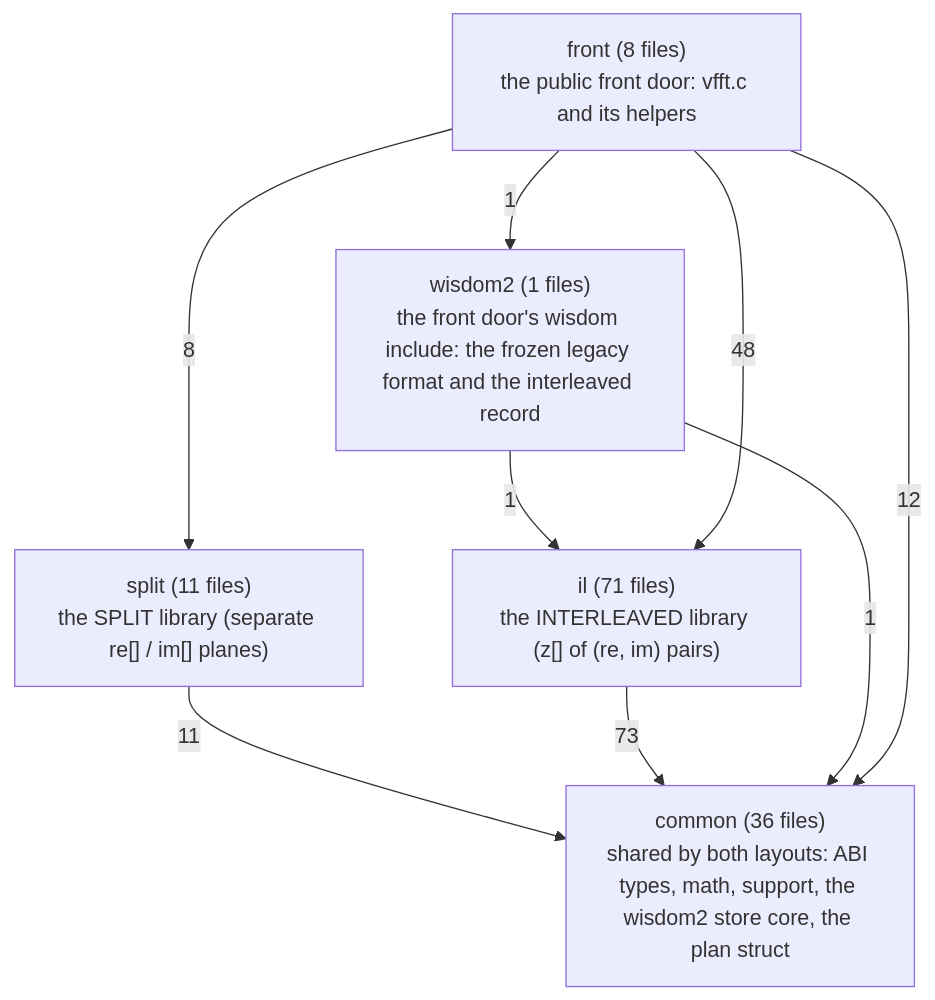
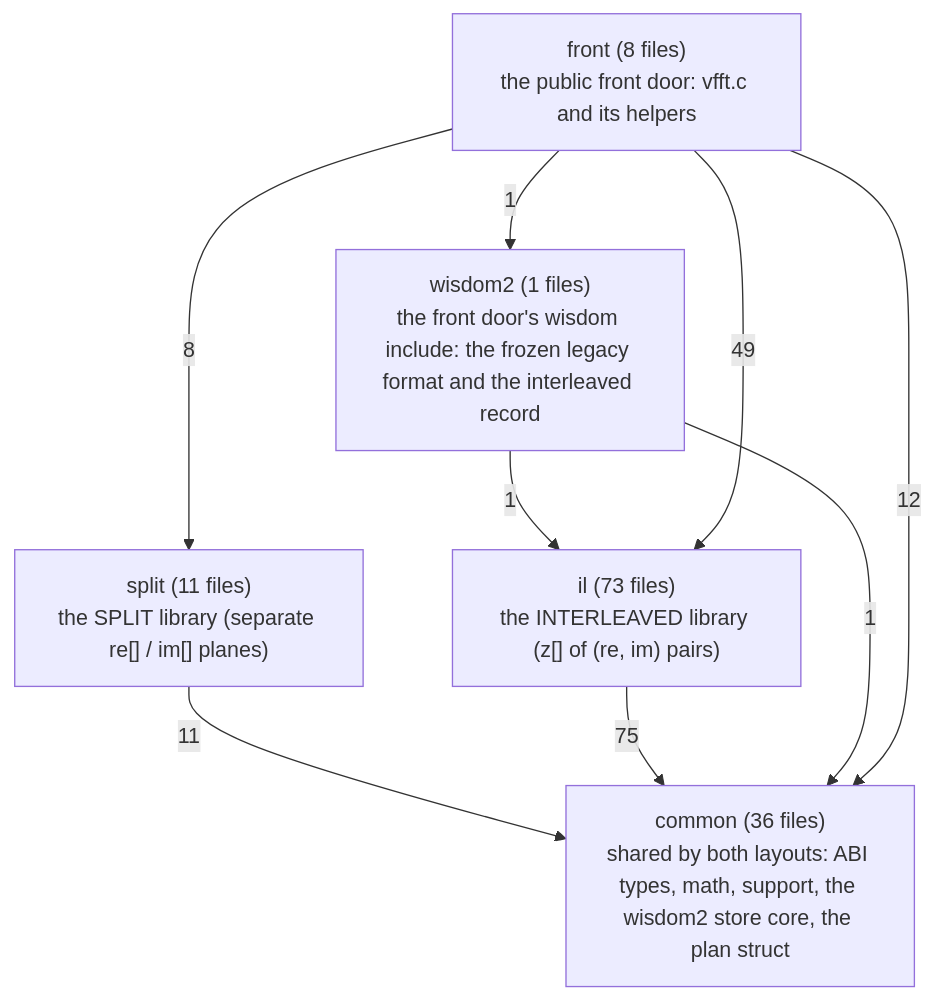
One commit to Tugbars/VectorFFT changed the diagram in docs/architecture/generated/zones.md. Above: the diagram before and after it, drawn with Mermaid. The commit also changed 14 other files, not shown here.

First line of the commit message:
Architecture pages regenerated for il/real/dst.h and real_role.h

````diff
--- a/docs/architecture/generated/zones.md
+++ b/docs/architecture/generated/zones.md
@@ -11,16 +11,16 @@
 ```mermaid
 flowchart TD
     n_common["common (36 files)<br/>shared by both layouts: ABI types, math, support, the wisdom2 store core, the plan struct"]
     n_split["split (11 files)<br/>the SPLIT library (separate re[] / im[] planes)"]
-    n_il["il (71 files)<br/>the INTERLEAVED library (z[] of (re, im) pairs)"]
+    n_il["il (73 files)<br/>the INTERLEAVED library (z[] of (re, im) pairs)"]
     n_wisdom2["wisdom2 (1 files)<br/>the front door's wisdom include: the frozen legacy format and the interleaved record"]
     n_front["front (8 files)<br/>the public front door: vfft.c and its helpers"]
     n_split -->|11| n_common
-    n_il -->|73| n_common
+    n_il -->|75| n_common
     n_wisdom2 -->|1| n_common
     n_wisdom2 -->|1| n_il
     n_front -->|12| n_common
     n_front -->|8| n_split
-    n_front -->|48| n_il
+    n_front -->|49| n_il
     n_front -->|1| n_wisdom2
 ```
````
